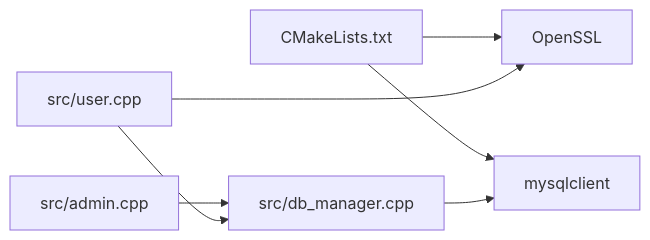
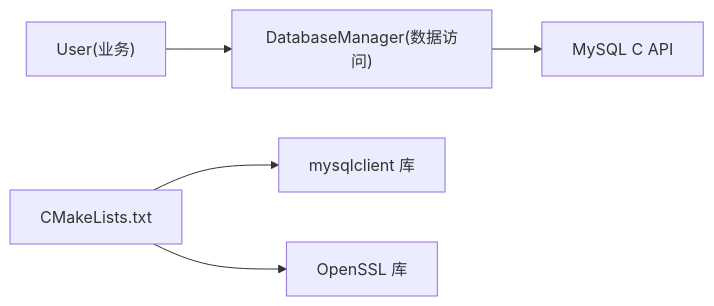
Before and after one commit to jinpeng900/OJ-Test: the eighth of 8 diagrams in .qoder/repowiki/zh/content/核心模块详解/数据库管理器.md, drawn with Mermaid. The commit also changed other lines of this file and 147 other files, not shown here.

````diff
--- a/.qoder/repowiki/zh/content/核心模块详解/数据库管理器.md
+++ b/.qoder/repowiki/zh/content/核心模块详解/数据库管理器.md
@@ -295,9 +291,7 @@
 ```mermaid
 graph LR
-CMAKE["CMakeLists.txt"] --> MYSQL["mysqlclient"]
-CMAKE --> OPENSSL["OpenSSL"]
-DBCPP["src/db_manager.cpp"] --> MYSQL
-USERCPP["src/user.cpp"] --> OPENSSL
-ADMINCPP["src/admin.cpp"] --> DBCPP
-USERCPP --> DBCPP
+User["User(业务)"] --> DBMgr["DatabaseManager(数据访问)"]
+DBMgr --> MySQLC["MySQL C API"]
+CMake["CMakeLists.txt"] --> MySQLLib["mysqlclient 库"]
+CMake --> OpenSSLLib["OpenSSL 库"]
 ```
````
